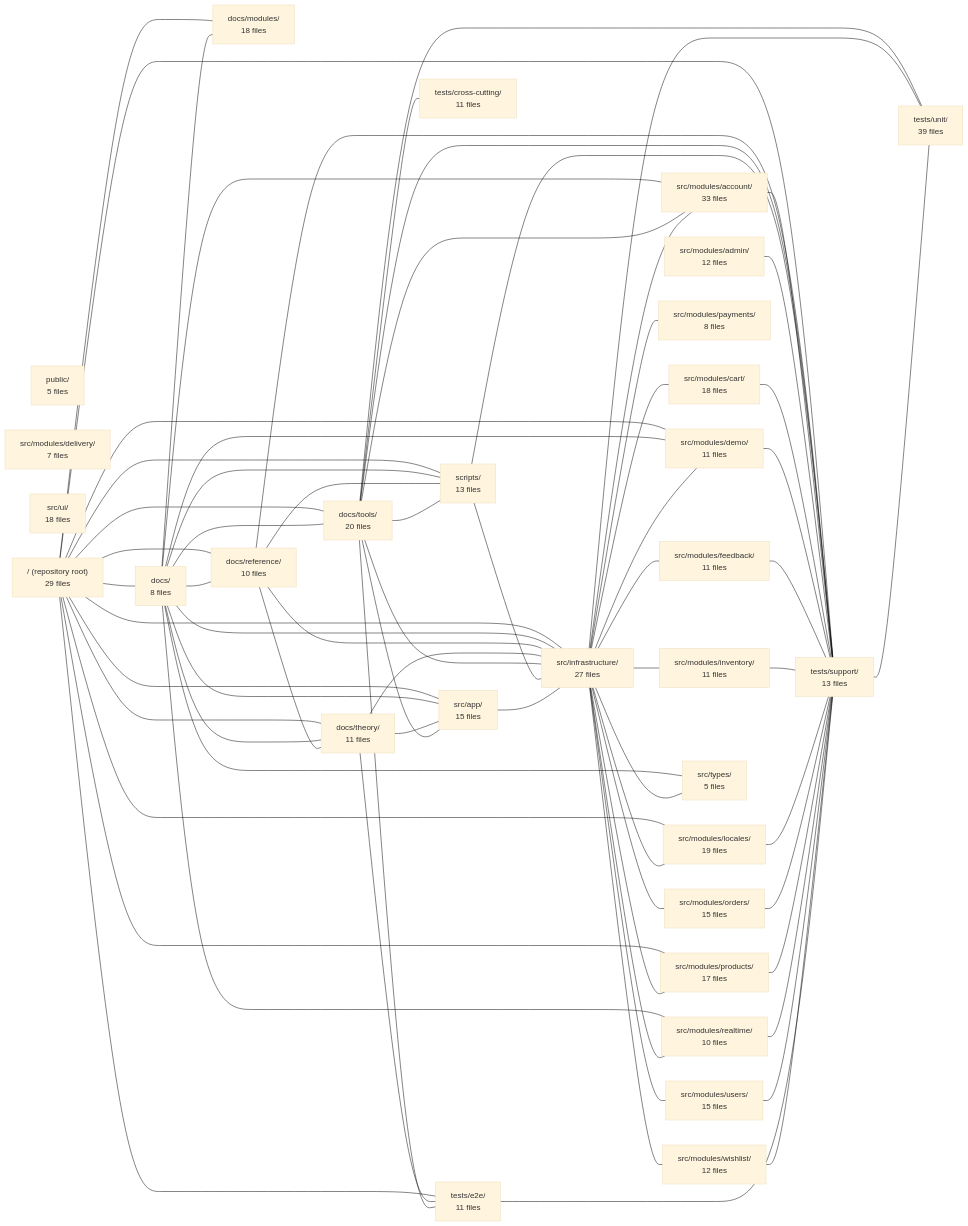
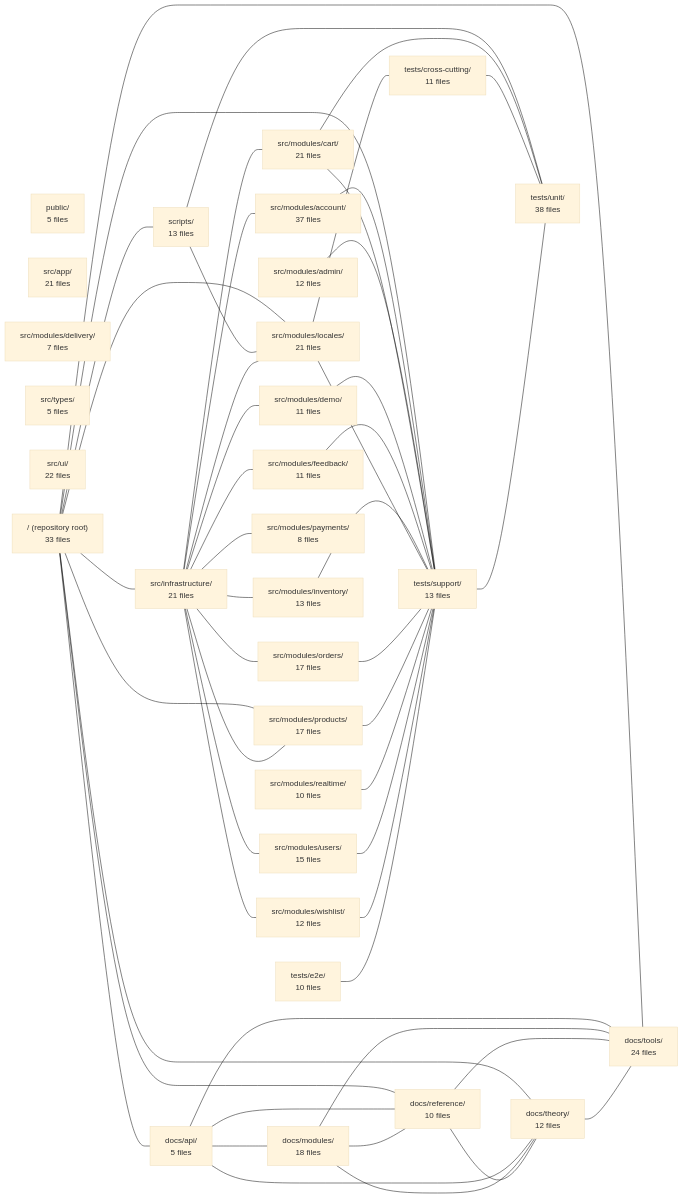
The diagram in .2repo/modules/boilerplate-vue-frontend_INDEX.md (Guebbit/boilerplate-vue-frontend), drawn with Mermaid (base theme) before and after one commit. The commit also changed other lines of this file and 335 other files, not shown here.

````diff
--- a/.2repo/modules/boilerplate-vue-frontend_INDEX.md
+++ b/.2repo/modules/boilerplate-vue-frontend_INDEX.md
@@ -16,77 +16,56 @@
 ```mermaid
 flowchart LR
-    m_docs["docs/<br/>8 files"]
+    m_docs_api["docs/api/<br/>5 files"]
     m_docs_modules["docs/modules/<br/>18 files"]
     m_docs_reference["docs/reference/<br/>10 files"]
-    m_docs_theory["docs/theory/<br/>11 files"]
-    m_docs_tools["docs/tools/<br/>20 files"]
+    m_docs_theory["docs/theory/<br/>12 files"]
+    m_docs_tools["docs/tools/<br/>24 files"]
     m_public["public/<br/>5 files"]
     m_scripts["scripts/<br/>13 files"]
-    m_src_app["src/app/<br/>15 files"]
-    m_src_infrastructure["src/infrastructure/<br/>27 files"]
-    m_src_modules_account["src/modules/account/<br/>33 files"]
+    m_src_app["src/app/<br/>21 files"]
+    m_src_infrastructure["src/infrastructure/<br/>21 files"]
+    m_src_modules_account["src/modules/account/<br/>37 files"]
     m_src_modules_admin["src/modules/admin/<br/>12 files"]
-    m_src_modules_cart["src/modules/cart/<br/>18 files"]
+    m_src_modules_cart["src/modules/cart/<br/>21 files"]
     m_src_modules_delivery["src/modules/delivery/<br/>7 files"]
     m_src_modules_demo["src/modules/demo/<br/>11 files"]
     m_src_modules_feedback["src/modules/feedback/<br/>11 files"]
-    m_src_modules_inventory["src/modules/inventory/<br/>11 files"]
-    m_src_modules_locales["src/modules/locales/<br/>19 files"]
-    m_src_modules_orders["src/modules/orders/<br/>15 files"]
+    m_src_modules_inventory["src/modules/inventory/<br/>13 files"]
+    m_src_modules_locales["src/modules/locales/<br/>21 files"]
+    m_src_modules_orders["src/modules/orders/<br/>17 files"]
     m_src_modules_payments["src/modules/payments/<br/>8 files"]
     m_src_modules_products["src/modules/products/<br/>17 files"]
     m_src_modules_realtime["src/modules/realtime/<br/>10 files"]
     m_src_modules_users["src/modules/users/<br/>15 files"]
     m_src_modules_wishlist["src/modules/wishlist/<br/>12 files"]
     m_src_types["src/types/<br/>5 files"]
-    m_src_ui["src/ui/<br/>18 files"]
+    m_src_ui["src/ui/<br/>22 files"]
     m_tests_cross_cutting["tests/cross-cutting/<br/>11 files"]
-    m_tests_e2e["tests/e2e/<br/>11 files"]
+    m_tests_e2e["tests/e2e/<br/>10 files"]
     m_tests_support["tests/support/<br/>13 files"]
-    m_tests_unit["tests/unit/<br/>39 files"]
-    m_root["/ (repository root)<br/>29 files"]
-    m_root --- m_docs
-    m_root --- m_docs_modules
+    m_tests_unit["tests/unit/<br/>38 files"]
+    m_root["/ (repository root)<br/>33 files"]
+    m_root --- m_docs_api
     m_root --- m_docs_reference
     m_root --- m_docs_theory
     m_root --- m_docs_tools
     m_root --- m_scripts
-    m_root --- m_src_app
     m_root --- m_src_infrastructure
-    m_root --- m_src_modules_demo
     m_root --- m_src_modules_locales
     m_root --- m_src_modules_products
-    m_root --- m_tests_e2e
     m_root --- m_tests_support
-    m_docs --- m_docs_modules
-    m_docs --- m_docs_reference
-    m_docs --- m_docs_theory
-    m_docs --- m_docs_tools
-    m_docs --- m_scripts
-    m_docs --- m_src_app
-    m_docs --- m_src_infrastructure
-    m_docs --- m_src_modules_account
-    m_docs --- m_src_modules_demo
-    m_docs --- m_src_modules_realtime
-    m_docs --- m_src_types
+    m_docs_api --- m_docs_modules
+    m_docs_api --- m_docs_reference
+    m_docs_api --- m_docs_theory
+    m_docs_api --- m_docs_tools
+    m_docs_modules --- m_docs_reference
+    m_docs_modules --- m_docs_theory
+    m_docs_modules --- m_docs_tools
     m_docs_reference --- m_docs_theory
-    m_docs_reference --- m_scripts
-    m_docs_reference --- m_src_infrastructure
-    m_docs_reference --- m_tests_support
-    m_docs_theory --- m_src_app
-    m_docs_theory --- m_src_infrastructure
-    m_docs_theory --- m_tests_e2e
-    m_docs_tools --- m_scripts
-    m_docs_tools --- m_src_app
-    m_docs_tools --- m_src_infrastructure
-    m_docs_tools --- m_src_modules_account
-    m_docs_tools --- m_tests_cross_cutting
-    m_docs_tools --- m_tests_e2e
-    m_docs_tools --- m_tests_support
-    m_docs_tools --- m_tests_unit
-    m_scripts --- m_src_infrastructure
-    m_scripts --- m_tests_support
-    m_src_app --- m_src_infrastructure
+    m_docs_reference --- m_docs_tools
+    m_docs_theory --- m_docs_tools
+    m_scripts --- m_src_modules_locales
+    m_scripts --- m_tests_unit
     m_src_infrastructure --- m_src_modules_account
     m_src_infrastructure --- m_src_modules_cart
     m_src_infrastructure --- m_src_modules_demo
@@ -96,23 +75,23 @@
     m_src_infrastructure --- m_src_modules_orders
     m_src_infrastructure --- m_src_modules_payments
     m_src_infrastructure --- m_src_modules_products
-    m_src_infrastructure --- m_src_modules_realtime
     m_src_infrastructure --- m_src_modules_users
     m_src_infrastructure --- m_src_modules_wishlist
-    m_src_infrastructure --- m_src_types
-    m_src_infrastructure --- m_tests_unit
     m_src_modules_account --- m_tests_support
     m_src_modules_admin --- m_tests_support
     m_src_modules_cart --- m_tests_support
+    m_src_modules_cart --- m_tests_unit
     m_src_modules_demo --- m_tests_support
     m_src_modules_feedback --- m_tests_support
     m_src_modules_inventory --- m_tests_support
+    m_src_modules_locales --- m_tests_cross_cutting
     m_src_modules_locales --- m_tests_support
     m_src_modules_orders --- m_tests_support
     m_src_modules_products --- m_tests_support
     m_src_modules_realtime --- m_tests_support
     m_src_modules_users --- m_tests_support
     m_src_modules_wishlist --- m_tests_support
+    m_tests_cross_cutting --- m_tests_unit
     m_tests_e2e --- m_tests_support
     m_tests_support --- m_tests_unit
 ```
````
